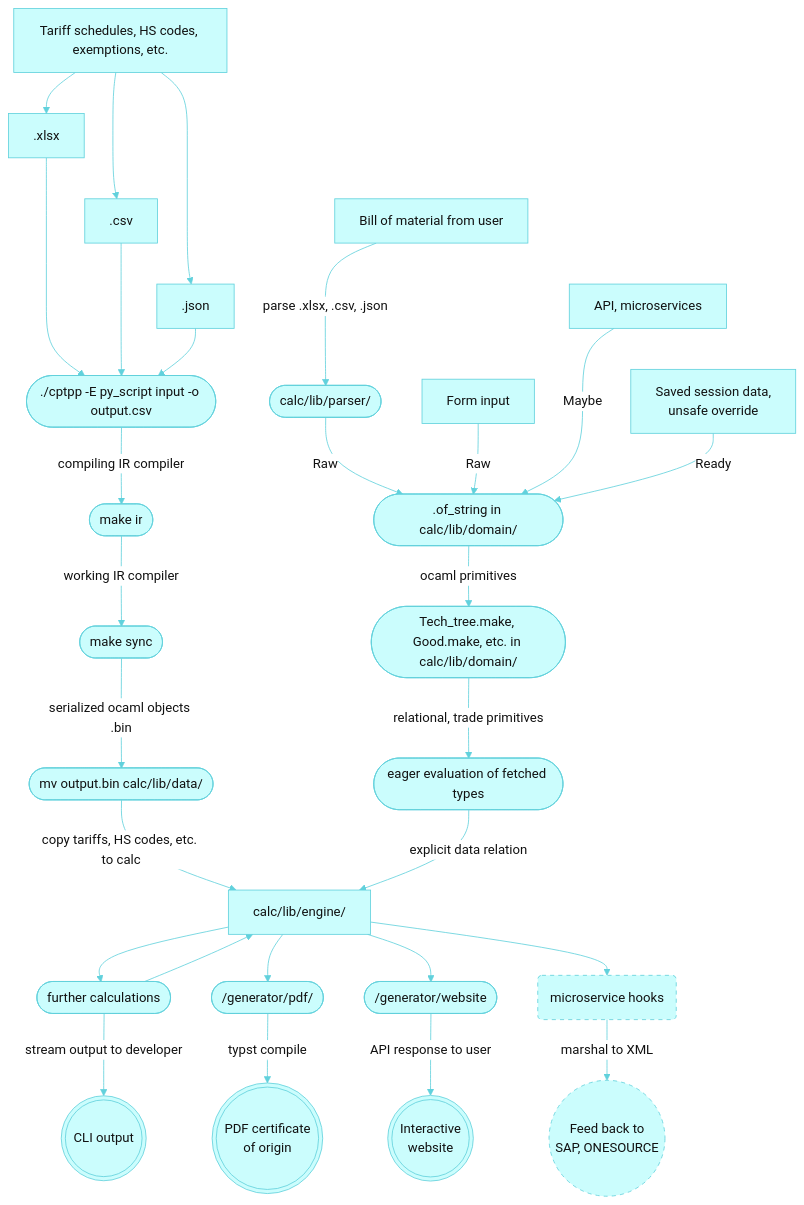
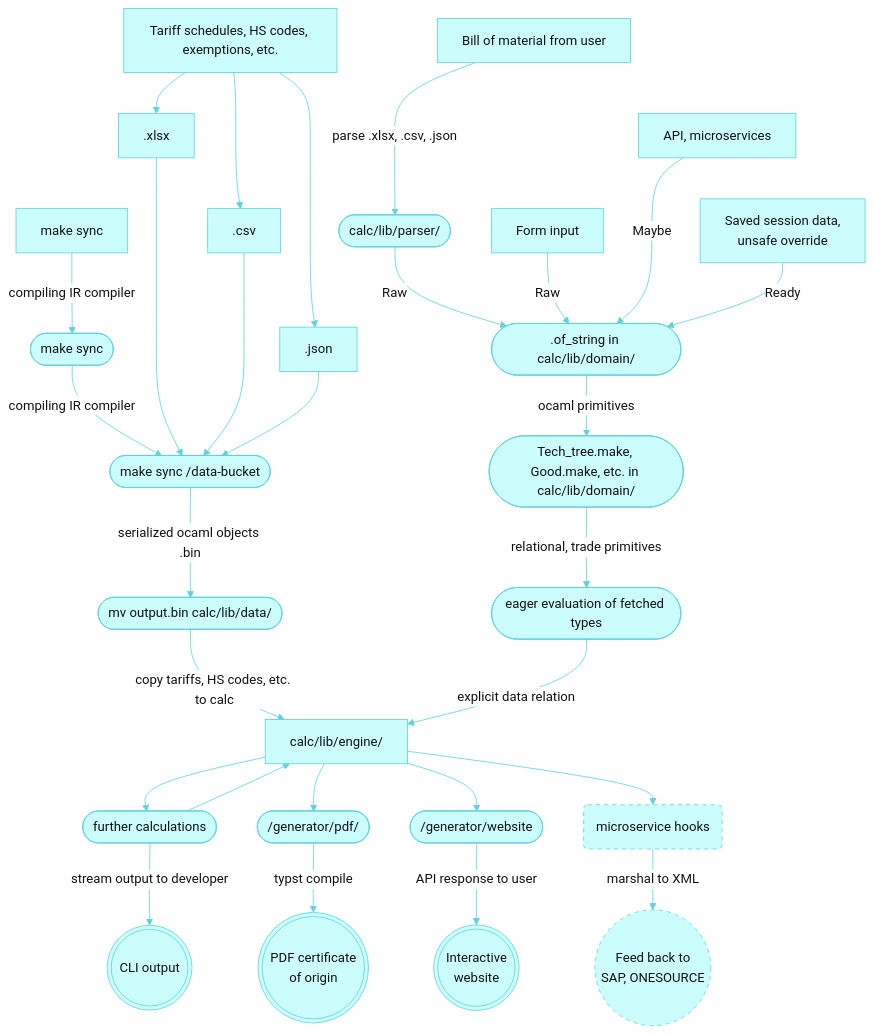
One commit to nguyenhoangan-monkey/cptpp-calculator changed the diagram in README.md. Above: the diagram before and after it, drawn with Mermaid.

Commit message:
it's so hard to visualize here

````diff
--- a/README.md
+++ b/README.md
@@ -27,63 +27,64 @@
 ```mermaid
 %%{init: {
   'theme': 'base', 
   'themeVariables': {
     'background': '#CBFDFD',
     'primaryColor': '#CBFDFD',
     'primaryTextColor': '#111111',
     'lineColor': '#61D1DC',
     'edgeLabelBackground': '#ffffff',
     'subgraphBackground': '#CBFDFD',
     'subgraphBorderColor': '#61D1DC',
     'clusterBkg': '#CBFDFD',
     'clusterBorder': '#61D1DC',
     'nodeBorder': '#61D1DC'
   } 
 }}%%
 graph TD
+    Step_1[make sync] -->|compiling IR compiler| Step_2([make sync])
+    Step_2 -->|compiling IR compiler| Step_3([make sync /data-bucket])
+
     Source[Tariff schedules, HS codes, exemptions, etc.] --> XLSX_Ingress
     Source --> CSV_Ingress
     Source --> JSON_Ingress
 
     XLSX_Ingress ~~~ CSV_Ingress ~~~ JSON_Ingress
     XLSX_Ingress[.xlsx]
     CSV_Ingress[.csv]
     JSON_Ingress[.json]
 
-    XLSX_Ingress --> Step_1([./cptpp -E py_script input -o output.csv])
-    CSV_Ingress  --> Step_1
-    JSON_Ingress --> Step_1
+    XLSX_Ingress --> Step_3
+    CSV_Ingress  --> Step_3
+    JSON_Ingress --> Step_3
     
-    Step_1 -->|compiling IR compiler| Step_2([make ir])
-    Step_2 -->|working IR compiler| Step_3([make sync])
     Step_3 -->|serialized ocaml objects .bin| Step_4([mv output.bin calc/lib/data/])
 
     User ~~~ Payload ~~~ Override
     User[Bill of material from user] -->|parse .xlsx, .csv, .json| Processing([calc/lib/parser/])
     Processing -->|Raw| Inter_Step1([.of_string in calc/lib/domain/])
     Forminput[Form input] -->|Raw| Inter_Step1
     Payload[API, microservices] -->|Maybe| Inter_Step1
     Override[Saved session data,<br>unsafe override] -->|Ready| Inter_Step1
 
     Inter_Step1 -->|ocaml primitives| Inter_Step2([Tech_tree.make, Good.make, etc. in calc/lib/domain/])
     Inter_Step2 -->|relational, trade primitives| Domain([eager evaluation of fetched types])
 
     Step_4 -->|copy tariffs, HS codes, etc. to calc| Step_5[calc/lib/engine/]
     Domain -->|explicit data relation| Step_5
     
     Step_5 --> Step_6A([further calculations])
     Step_6A --> Step_5
     Step_6A -->|stream output to developer| CLI_Product(((CLI output)))
 
     Step_5 --> Step_6B([/generator/pdf/])
     Step_6B -->|typst compile| PDF_Product(((PDF certificate<br>of origin)))
 
     Step_5 --> Step_6C([/generator/website])
     Step_6C -->|API response to user| Web_Product(((Interactive<br>website)))
 
     Step_5 --> Step_6D(microservice hooks)
     style Step_6D stroke-dasharray: 5 5
     Step_6D -->|marshal to XML| Pipeline((Feed back to<br>SAP, ONESOURCE))
     style Pipeline stroke-dasharray: 5 5
 
 ```
````
